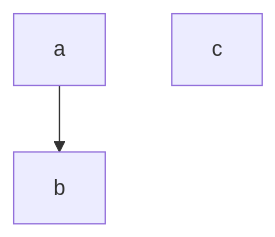
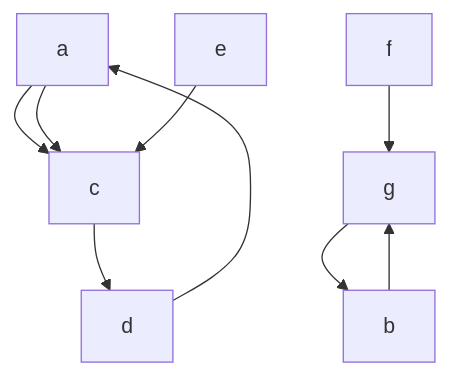
One commit to hotoku/fosi changed the diagram in samples/sample.md. Above: the diagram before and after it, drawn with Mermaid. The commit also changed other lines of this file and 4 other files, not shown here.

````diff
--- a/samples/sample.md
+++ b/samples/sample.md
@@ -11,7 +11,13 @@
 ```mermaid
 flowchart TD
-    a
-    b
-    c
-    a --> b
+  a --> c
+  c --> d
+  a --> c
+
+  d --> a
+  f --> g
+  g --> b
+
+  e --> c
+  b --> g
 ```
````
